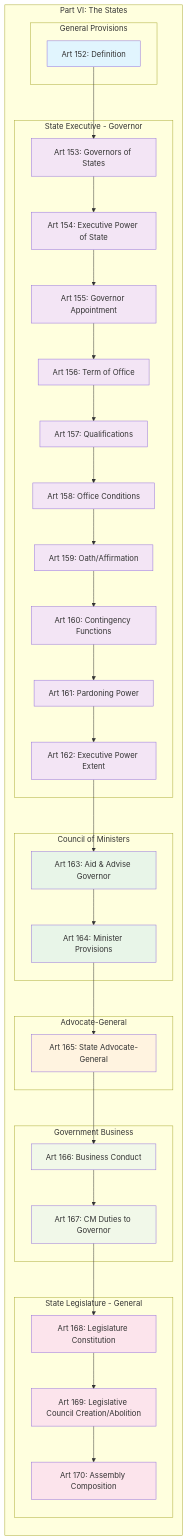
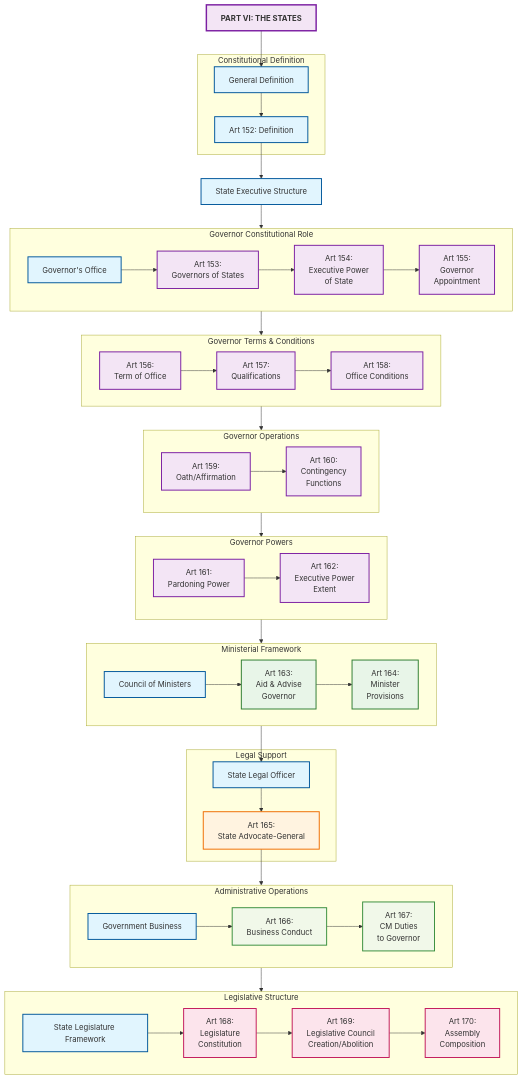
The diagram in Mermaid01/M07_state_government_structure.md (before-i-go/law-diagrams), drawn with Mermaid before and after one commit. The commit also changed 7 other files, not shown here.

````diff
--- a/Mermaid01/M07_state_government_structure.md
+++ b/Mermaid01/M07_state_government_structure.md
@@ -8,65 +8,82 @@
 ```mermaid
 graph TD
-    subgraph "Part VI: The States"
-        direction TD
-        
-        subgraph "General Provisions"
-            A1[Art 152: Definition]
-        end
-        
-        subgraph "State Executive - Governor"
-            B1[Art 153: Governors of States]
-            B2[Art 154: Executive Power of State]
-            B3[Art 155: Governor Appointment]
-            B4[Art 156: Term of Office]
-            B5[Art 157: Qualifications]
-            B6[Art 158: Office Conditions]
-            B7[Art 159: Oath/Affirmation]
-            B8[Art 160: Contingency Functions]
-            B9[Art 161: Pardoning Power]
-            B10[Art 162: Executive Power Extent]
-        end
-        
-        subgraph "Council of Ministers"
-            C1[Art 163: Aid & Advise Governor]
-            C2[Art 164: Minister Provisions]
-        end
-        
-        subgraph "Advocate-General"
-            D1[Art 165: State Advocate-General]
-        end
-        
-        subgraph "Government Business"
-            E1[Art 166: Business Conduct]
-            E2[Art 167: CM Duties to Governor]
-        end
-        
-        subgraph "State Legislature - General"
-            F1[Art 168: Legislature Constitution]
-            F2[Art 169: Legislative Council Creation/Abolition]
-            F3[Art 170: Assembly Composition]
-        end
+    %% State Government Foundation
+    SG[PART VI: THE STATES]
+    SG --> GeneralDef[General Definition]
+    
+    %% General Provisions
+    subgraph "Constitutional Definition"
+        GeneralDef --> A1[Art 152: Definition]
     end
-
-    A1 --> B1
-    B1 --> B2 --> B3 --> B4 --> B5
-    B5 --> B6 --> B7 --> B8 --> B9 --> B10
-    B10 --> C1 --> C2
-    C2 --> D1
-    D1 --> E1 --> E2
-    E2 --> F1 --> F2 --> F3
-
-    classDef general fill:#e1f5fe
-    classDef governor fill:#f3e5f5
-    classDef ministers fill:#e8f5e8
-    classDef legal fill:#fff3e0
-    classDef business fill:#f1f8e9
-    classDef legislature fill:#fce4ec
-
+    
+    %% State Executive Structure
+    A1 --> StateExecutive[State Executive Structure]
+    StateExecutive --> GovernorOffice[Governor's Office]
+    
+    %% Governor Framework - Mixed layout
+    subgraph "Governor Constitutional Role"
+        direction LR
+        GovernorOffice --> B1[Art 153:<br/>Governors of States] --> B2[Art 154:<br/>Executive Power<br/>of State] --> B3[Art 155:<br/>Governor<br/>Appointment]
+    end
+    
+    subgraph "Governor Terms & Conditions"
+        direction LR
+        B3 --> B4[Art 156:<br/>Term of Office] --> B5[Art 157:<br/>Qualifications] --> B6[Art 158:<br/>Office Conditions]
+    end
+    
+    subgraph "Governor Operations"
+        direction LR
+        B6 --> B7[Art 159:<br/>Oath/Affirmation] --> B8[Art 160:<br/>Contingency<br/>Functions]
+    end
+    
+    subgraph "Governor Powers"
+        direction LR
+        B8 --> B9[Art 161:<br/>Pardoning Power] --> B10[Art 162:<br/>Executive Power<br/>Extent]
+    end
+    
+    %% Council of Ministers
+    B10 --> Ministers[Council of Ministers]
+    subgraph "Ministerial Framework"
+        direction LR
+        Ministers --> C1[Art 163:<br/>Aid & Advise<br/>Governor] --> C2[Art 164:<br/>Minister<br/>Provisions]
+    end
+    
+    %% Legal Officer
+    C2 --> LegalOfficer[State Legal Officer]
+    subgraph "Legal Support"
+        LegalOfficer --> D1[Art 165:<br/>State Advocate-General]
+    end
+    
+    %% Government Business
+    D1 --> BusinessOperations[Government Business]
+    subgraph "Administrative Operations"
+        direction LR
+        BusinessOperations --> E1[Art 166:<br/>Business Conduct] --> E2[Art 167:<br/>CM Duties<br/>to Governor]
+    end
+    
+    %% State Legislature Framework
+    E2 --> StateLegislature[State Legislature Framework]
+    subgraph "Legislative Structure"
+        direction LR
+        StateLegislature --> F1[Art 168:<br/>Legislature<br/>Constitution] --> F2[Art 169:<br/>Legislative Council<br/>Creation/Abolition] --> F3[Art 170:<br/>Assembly<br/>Composition]
+    end
+    
+    %% Mobile-friendly styling
+    classDef partHeader fill:#f3e5f5,stroke:#7b1fa2,stroke-width:3px,font-weight:bold
+    classDef sectionHeader fill:#e1f5fe,stroke:#01579b,stroke-width:2px
+    classDef general fill:#e1f5fe,stroke:#01579b,stroke-width:2px
+    classDef governor fill:#f3e5f5,stroke:#7b1fa2,stroke-width:2px
+    classDef ministers fill:#e8f5e8,stroke:#2e7d32,stroke-width:2px
+    classDef legal fill:#fff3e0,stroke:#ef6c00,stroke-width:2px
+    classDef business fill:#f1f8e9,stroke:#388e3c,stroke-width:2px
+    classDef legislature fill:#fce4ec,stroke:#c2185b,stroke-width:2px
+    
+    class SG partHeader
+    class GeneralDef,StateExecutive,GovernorOffice,Ministers,LegalOfficer,BusinessOperations,StateLegislature sectionHeader
     class A1 general
     class B1,B2,B3,B4,B5,B6,B7,B8,B9,B10 governor
     class C1,C2 ministers
     class D1 legal
     class E1,E2 business
     class F1,F2,F3 legislature
 ```
````
